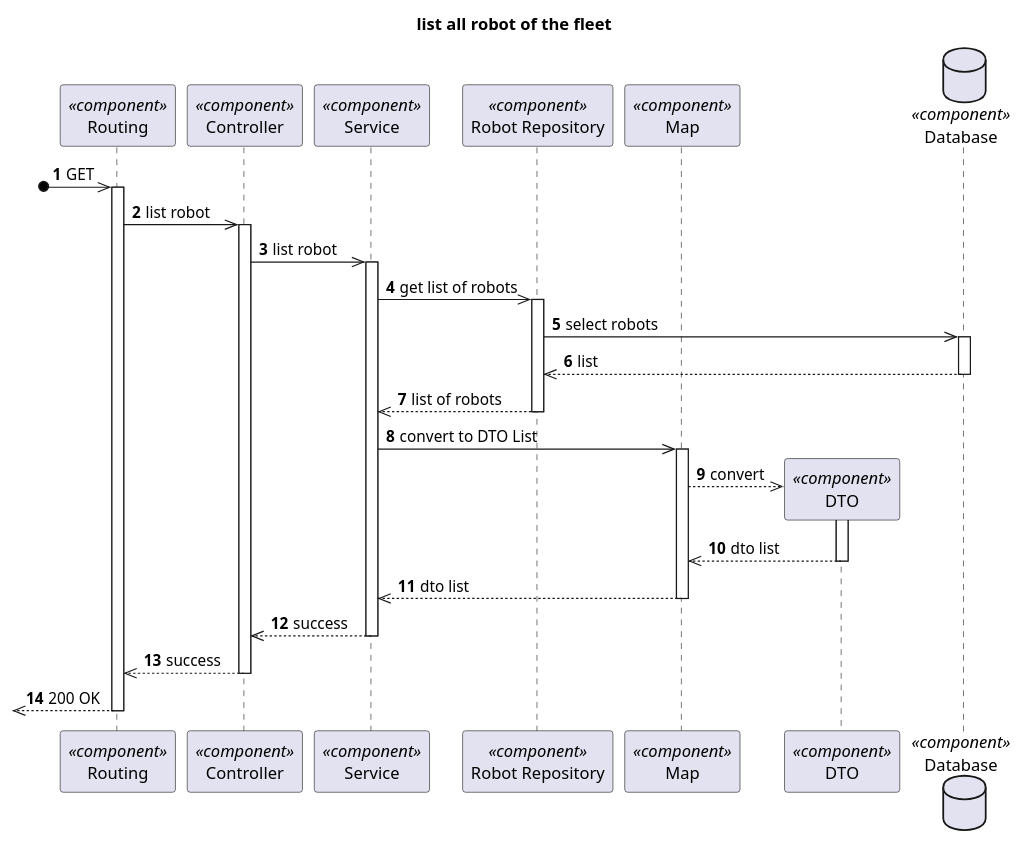
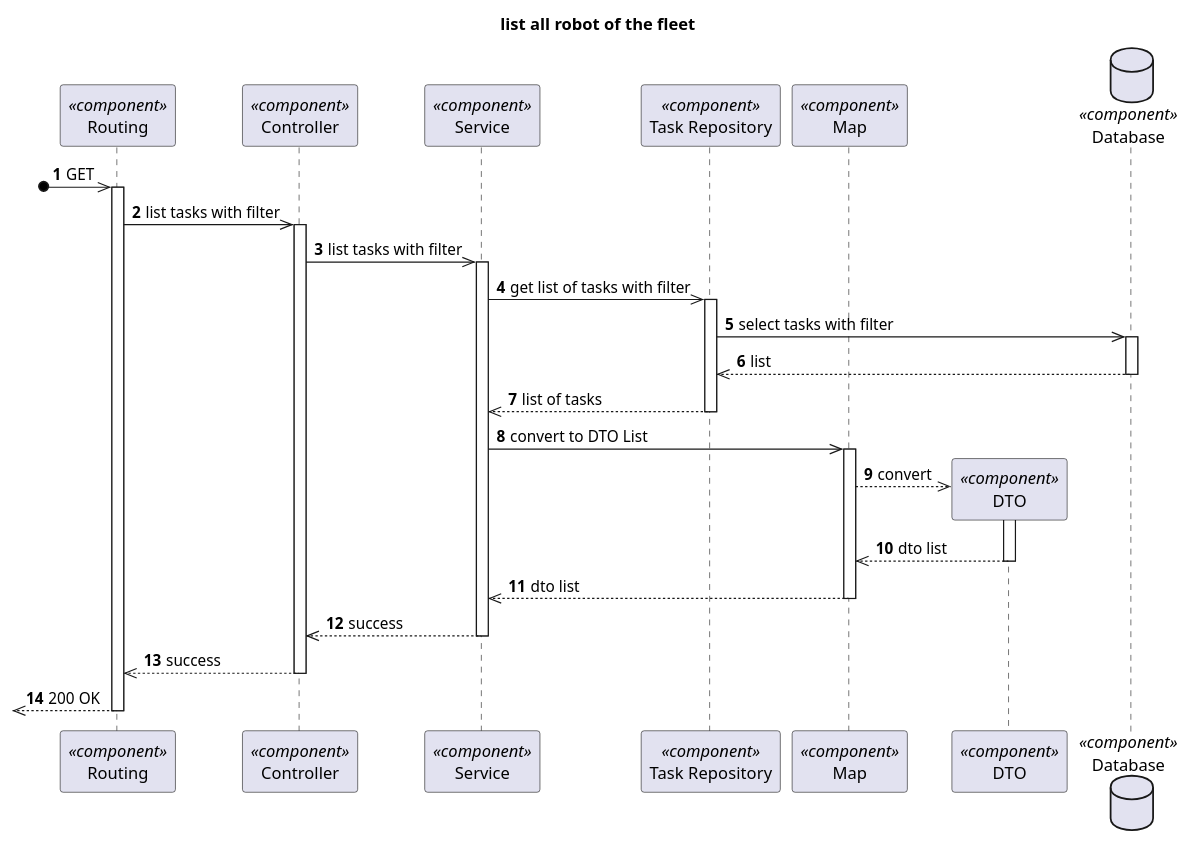
Before and after one commit to 1210910/lapr5: the diagram in docs/VistaProcesso/US490/InformationManager/ProcessView_Level3_US380.puml, drawn with PlantUML. The commit also changed 11 other files, not shown here.

Commit message:
S5P-115,S5P-116,S5P-117 fix process diagrams

```diff
--- a/docs/VistaProcesso/US490/InformationManager/ProcessView_Level3_US380.puml
+++ b/docs/VistaProcesso/US490/InformationManager/ProcessView_Level3_US380.puml
@@ -1,56 +1,56 @@
 @startuml Process View - Level 3
 
 autonumber
 skinparam packageStyle rect
 
 title list all robot of the fleet
 
 participant "Routing" as routing <<component>>
 participant "Controller" as controller <<component>>
 participant "Service" as service <<component>>
-participant "Robot Repository" as robotrepo <<component>>
+participant "Task Repository" as robotrepo <<component>>
 participant "Map" as map <<component>>
 participant "DTO" as dto <<component>>
 database "Database" as db <<component>>
 
 ?o->> routing : GET
 activate routing
-routing ->> controller : list robot
+routing ->> controller : list tasks with filter
 
 activate controller
-controller ->> service : list robot
+controller ->> service : list tasks with filter
 
 activate service
-service ->> robotrepo : get list of robots
+service ->> robotrepo : get list of tasks with filter
 
 activate robotrepo
-robotrepo ->> db : select robots
+robotrepo ->> db : select tasks with filter
 activate db
 db -->> robotrepo : list
 deactivate db
 
-robotrepo -->> service : list of robots
+robotrepo -->> service : list of tasks
 deactivate robotrepo
 
 service ->> map : convert to DTO List
 activate map
 
 map -->> dto** : convert
 activate dto
 
 dto -->> map : dto list
 deactivate dto
 
 map -->> service : dto list
 deactivate map
 
 service -->> controller : success
 deactivate service
 
 controller -->> routing : success
 deactivate controller
 
 ?o<<-- routing : 200 OK
 deactivate routing
 
 @enduml
```
